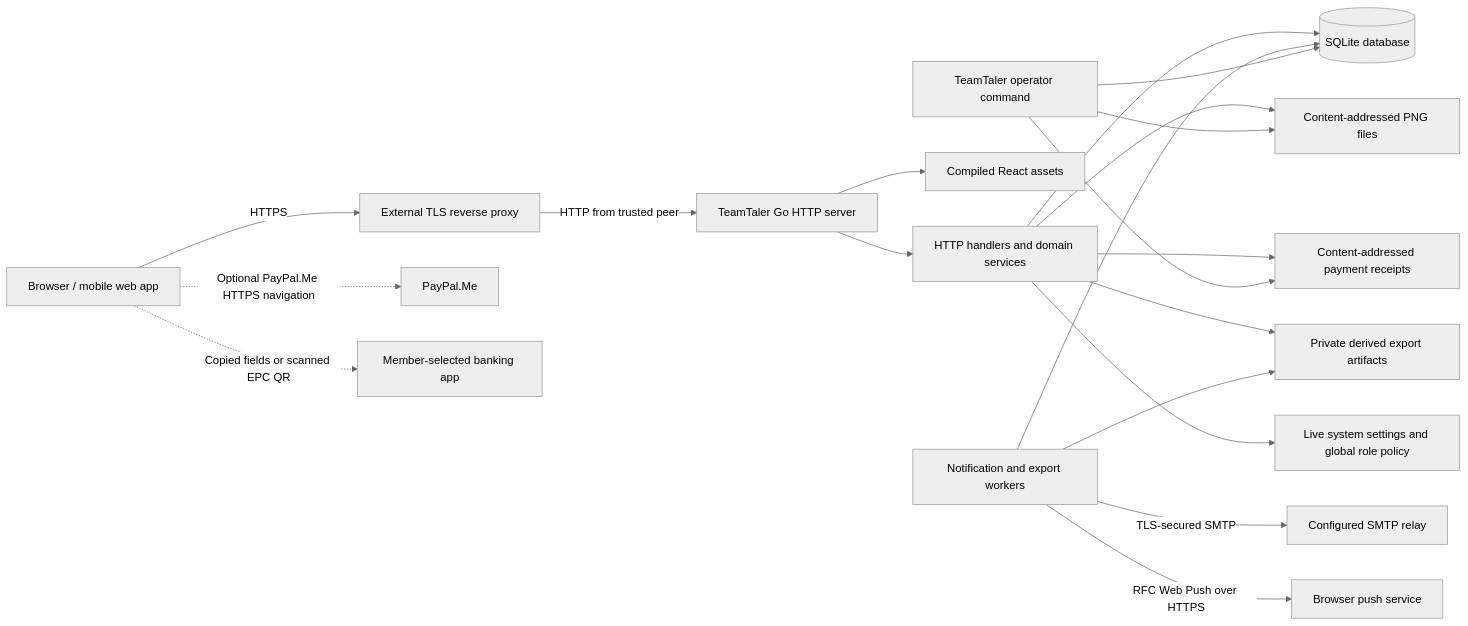
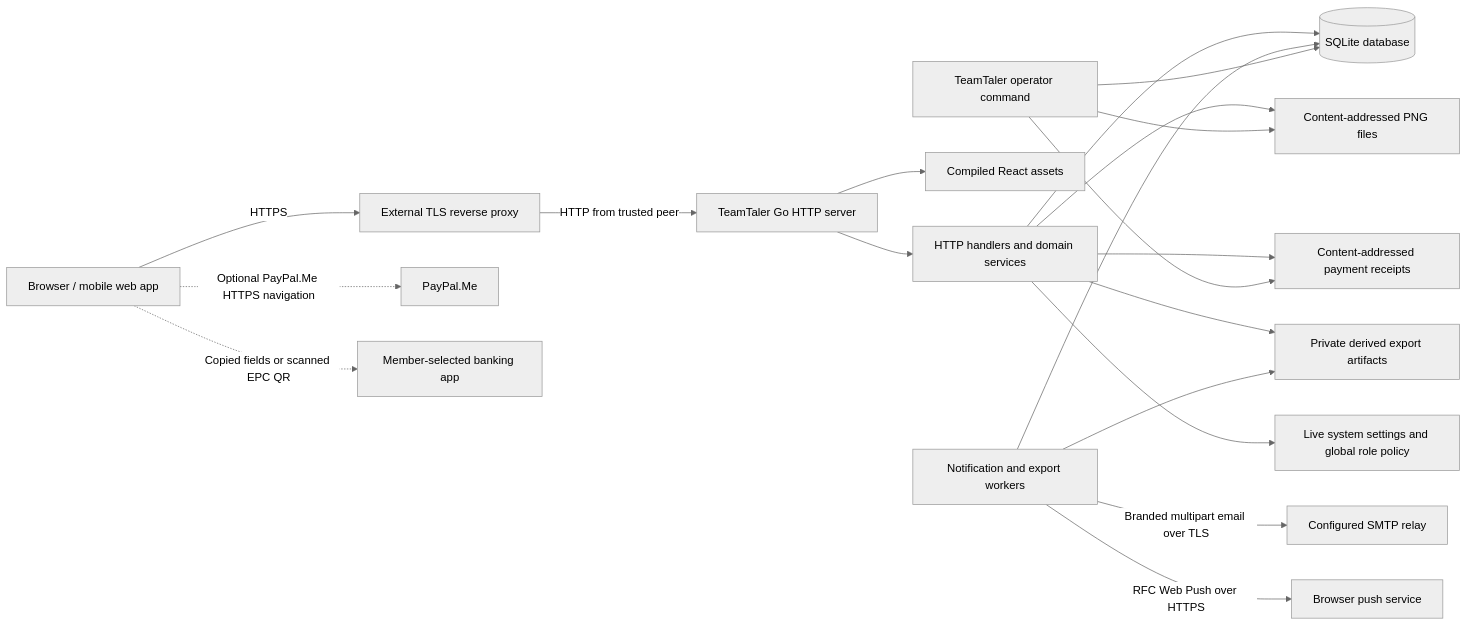
One commit to DasLukas/TeamTaler changed the first of 2 diagrams in ARCHITECTURE.md. Above: the diagram before and after it, drawn with Mermaid (neutral theme). The commit also changed other lines of this file and 111 other files, not shown here.

````diff
--- a/ARCHITECTURE.md
+++ b/ARCHITECTURE.md
@@ -9,21 +9,21 @@
 ```mermaid
 flowchart LR
     Browser["Browser / mobile web app"] -->|HTTPS| Proxy["External TLS reverse proxy"]
     Proxy -->|HTTP from trusted peer| HTTP["TeamTaler Go HTTP server"]
     HTTP --> API["HTTP handlers and domain services"]
     HTTP --> SPA["Compiled React assets"]
     API --> DB[("SQLite database")]
     API --> Images["Content-addressed PNG files"]
     API --> Receipts["Content-addressed payment receipts"]
     API --> Exports["Private derived export artifacts"]
     API --> System["Live system settings and global role policy"]
     Worker["Notification and export workers"] --> DB
     Worker --> Exports
-    Worker -->|"TLS-secured SMTP"| SMTP["Configured SMTP relay"]
+    Worker -->|"Branded multipart email over TLS"| SMTP["Configured SMTP relay"]
     Worker -->|"RFC Web Push over HTTPS"| Push["Browser push service"]
     Browser -.->|"Optional PayPal.Me HTTPS navigation"| PayPal["PayPal.Me"]
     Browser -.->|"Copied fields or scanned EPC QR"| Bank["Member-selected banking app"]
     CLI["TeamTaler operator command"] --> DB
     CLI --> Images
     CLI --> Receipts
 ```
````
